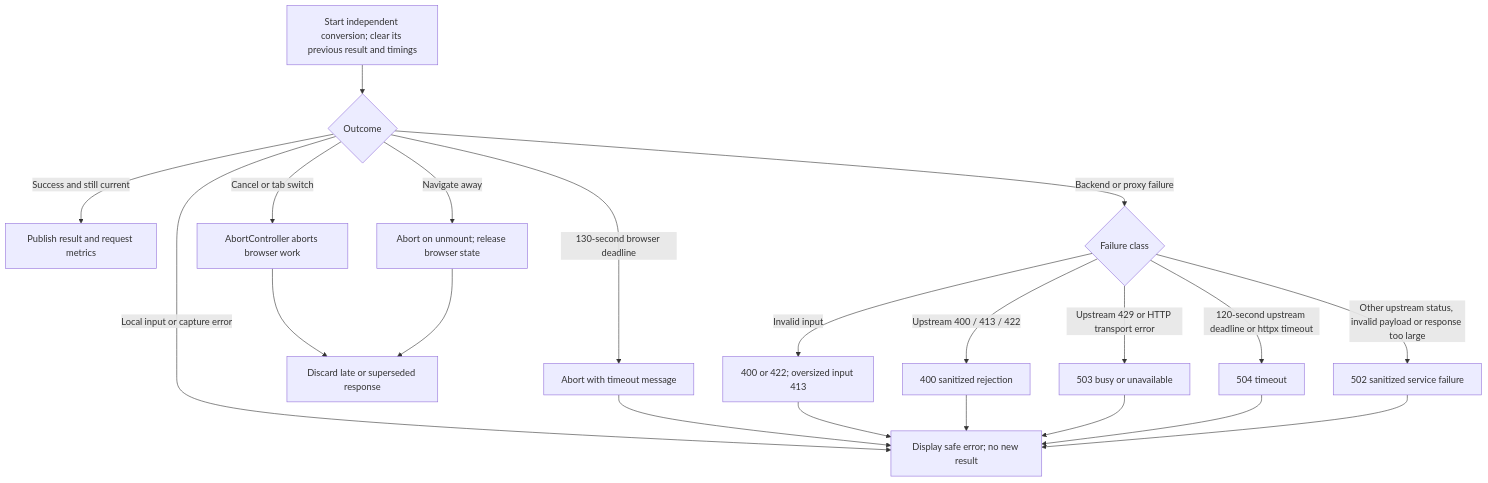
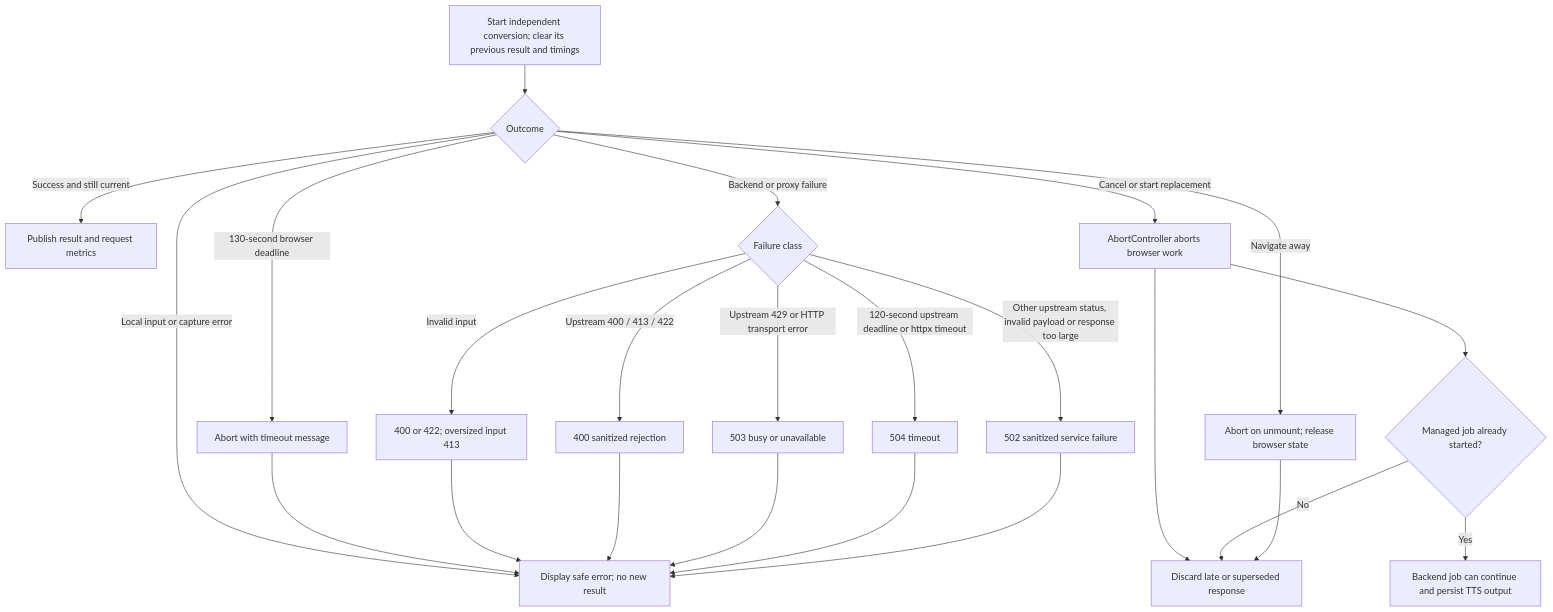
Before and after one commit to open-edge-platform/edge-ai-libraries: diagram 11 of 11 in tools/visual-pipeline-and-platform-evaluation-tool/docs/user-guide/developer-guide/voice-architecture.md, drawn with Mermaid. The commit also changed other lines of this file and 31 other files, not shown here.

````diff
--- a/tools/visual-pipeline-and-platform-evaluation-tool/docs/user-guide/developer-guide/voice-architecture.md
+++ b/tools/visual-pipeline-and-platform-evaluation-tool/docs/user-guide/developer-guide/voice-architecture.md
@@ -410,23 +519,26 @@
 ```mermaid
 flowchart TD
     Start[Start independent conversion; clear its previous result and timings] --> Active{Outcome}
     Active -->|Success and still current| Publish[Publish result and request metrics]
     Active -->|Local input or capture error| UIError[Display safe error; no new result]
-    Active -->|Cancel or tab switch| Abort[AbortController aborts browser work]
+  Active -->|Cancel or start replacement| Abort[AbortController aborts browser work]
     Active -->|130-second browser deadline| Deadline[Abort with timeout message]
     Active -->|Navigate away| Unmount[Abort on unmount; release browser state]
     Abort --> Discard[Discard late or superseded response]
+    Abort --> Managed{Managed job already started?}
+    Managed -->|Yes| Continue[Backend job can continue and persist TTS output]
+    Managed -->|No| Discard
     Deadline --> UIError
     Unmount --> Discard
     Active -->|Backend or proxy failure| Status{Failure class}
     Status -->|Invalid input| Input[400 or 422; oversized input 413]
     Status -->|Upstream 400 / 413 / 422| Rejected[400 sanitized rejection]
     Status -->|Upstream 429 or HTTP transport error| Unavailable[503 busy or unavailable]
     Status -->|120-second upstream deadline or httpx timeout| Timeout[504 timeout]
     Status -->|Other upstream status, invalid payload or response too large| BadGateway[502 sanitized service failure]
     Input --> UIError
     Rejected --> UIError
     Unavailable --> UIError
     Timeout --> UIError
     BadGateway --> UIError
 ```
````
